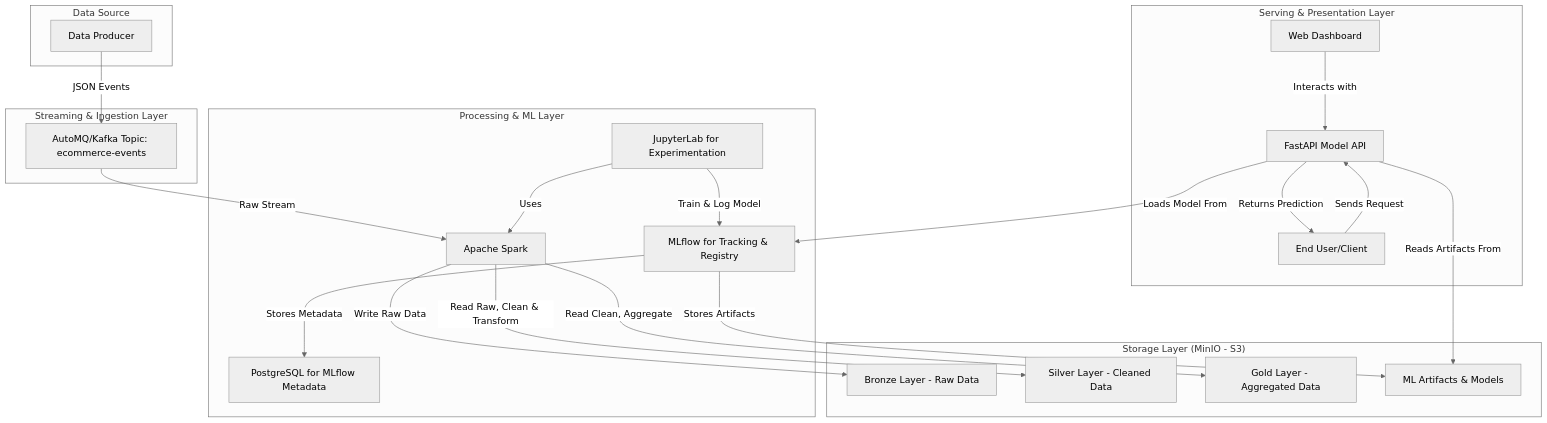
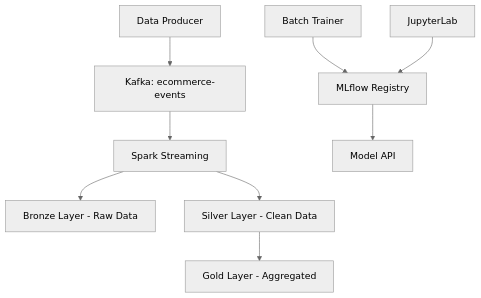
One commit to Trenttzzz/fp-bigdata-01 changed the diagram in README.md. Above: the diagram before and after it, drawn with Mermaid (neutral theme). The commit also changed other lines of this file and 19 other files, not shown here.

````diff
--- a/README.md
+++ b/README.md
@@ -24,45 +82,11 @@
 ```mermaid
 graph TD
-    subgraph "Data Source"
-        A[Data Producer]
-    end
-
-    subgraph "Streaming & Ingestion Layer"
-        B[AutoMQ/Kafka Topic: ecommerce-events]
-    end
-
-    subgraph "Storage Layer (MinIO - S3)"
-        C[Bronze Layer - Raw Data]
-        D[Silver Layer - Cleaned Data]
-        E[Gold Layer - Aggregated Data]
-        F[ML Artifacts & Models]
-    end
-
-    subgraph "Processing & ML Layer"
-        G[Apache Spark]
-        H[JupyterLab for Experimentation]
-        I[MLflow for Tracking & Registry]
-        J[PostgreSQL for MLflow Metadata]
-    end
-
-    subgraph "Serving & Presentation Layer"
-        K[FastAPI Model API]
-        L[Web Dashboard]
-        M[End User/Client]
-    end
-
-    A -- JSON Events --> B
-    B -- Raw Stream --> G
-    G -- Write Raw Data --> C
-    G -- Read Raw, Clean & Transform --> D
-    G -- Read Clean, Aggregate --> E
-    H -- Uses --> G
-    H -- Train & Log Model --> I
-    I -- Stores Metadata --> J
-    I -- Stores Artifacts --> F
-    K -- Loads Model From --> I
-    K -- Reads Artifacts From --> F
-    M -- Sends Request --> K
-    K -- Returns Prediction --> M
-    L -- Interacts with --> K
+    A[Data Producer] --> B[Kafka: ecommerce-events]
+    B --> C[Spark Streaming]
+    C --> D[Bronze Layer - Raw Data]
+    C --> E[Silver Layer - Clean Data]
+    E --> F[Gold Layer - Aggregated]
+    G[Batch Trainer] --> H[MLflow Registry]
+    H --> I[Model API]
+    J[JupyterLab] --> H
 ```
````
